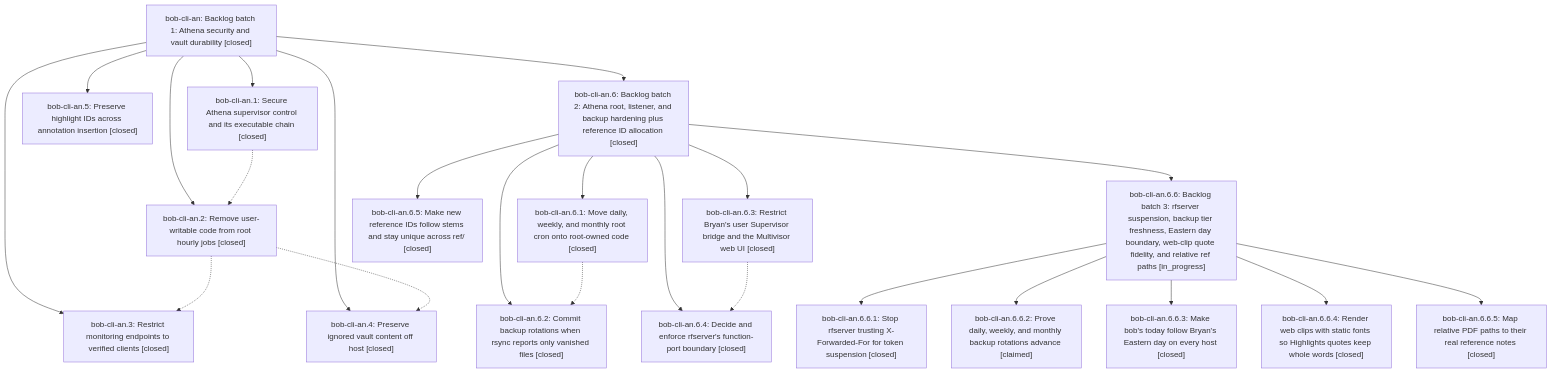
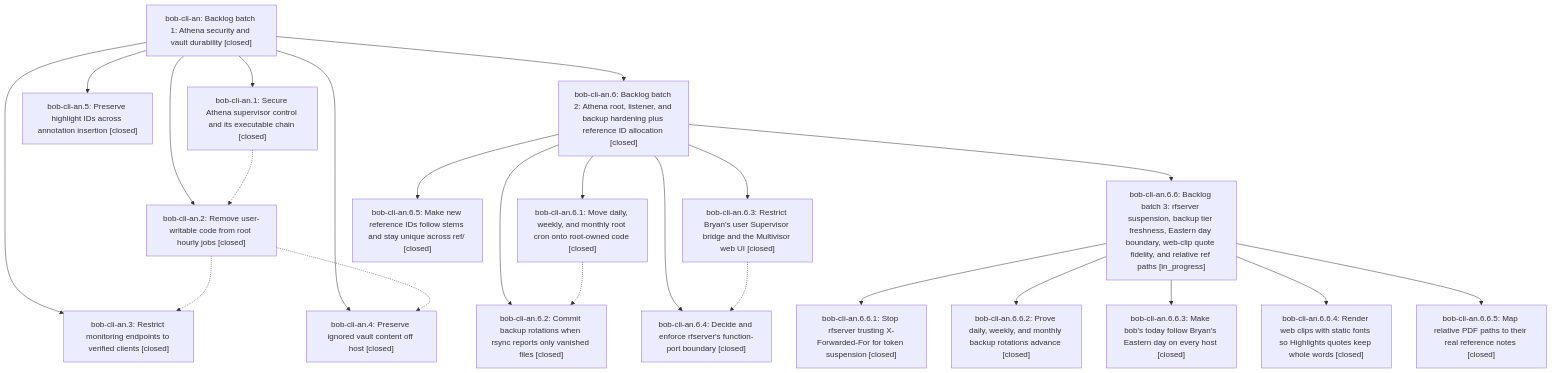
One commit to bobs-org/bob-cli--beads changed the diagram in pages/bob-cli-an/README.md. Above: the diagram before and after it, drawn with Mermaid. The commit also changed other lines of this file and 3 other files, not shown here.

First line of the commit message:
chore(beads): sync bead state and pages for bob-cli-an

````diff
--- a/pages/bob-cli-an/README.md
+++ b/pages/bob-cli-an/README.md
@@ -48,43 +48,43 @@
 ```mermaid
 flowchart TD
     n0["bob-cli-an: Backlog batch 1: Athena security and vault durability [closed]"]
     n1["bob-cli-an.1: Secure Athena supervisor control and its executable chain [closed]"]
     n2["bob-cli-an.2: Remove user-writable code from root hourly jobs [closed]"]
     n3["bob-cli-an.3: Restrict monitoring endpoints to verified clients [closed]"]
     n4["bob-cli-an.4: Preserve ignored vault content off host [closed]"]
     n5["bob-cli-an.5: Preserve highlight IDs across annotation insertion [closed]"]
     n6["bob-cli-an.6: Backlog batch 2: Athena root, listener, and backup hardening plus reference ID allocation [closed]"]
     n7["bob-cli-an.6.1: Move daily, weekly, and monthly root cron onto root-owned code [closed]"]
     n8["bob-cli-an.6.2: Commit backup rotations when rsync reports only vanished files [closed]"]
     n9["bob-cli-an.6.3: Restrict Bryan's user Supervisor bridge and the Multivisor web UI [closed]"]
     n10["bob-cli-an.6.4: Decide and enforce rfserver's function-port boundary [closed]"]
     n11["bob-cli-an.6.5: Make new reference IDs follow stems and stay unique across ref/ [closed]"]
     n12["bob-cli-an.6.6: Backlog batch 3: rfserver suspension, backup tier freshness, Eastern day boundary, web-clip quote fidelity, and relative ref paths [in_progress]"]
     n13["bob-cli-an.6.6.1: Stop rfserver trusting X-Forwarded-For for token suspension [closed]"]
-    n14["bob-cli-an.6.6.2: Prove daily, weekly, and monthly backup rotations advance [claimed]"]
+    n14["bob-cli-an.6.6.2: Prove daily, weekly, and monthly backup rotations advance [closed]"]
     n15["bob-cli-an.6.6.3: Make bob's today follow Bryan's Eastern day on every host [closed]"]
     n16["bob-cli-an.6.6.4: Render web clips with static fonts so Highlights quotes keep whole words [closed]"]
     n17["bob-cli-an.6.6.5: Map relative PDF paths to their real reference notes [closed]"]
     n0 --> n1
     n0 --> n2
     n0 --> n3
     n0 --> n4
     n0 --> n5
     n0 --> n6
     n6 --> n7
     n6 --> n8
     n6 --> n9
     n6 --> n10
     n6 --> n11
     n6 --> n12
     n12 --> n13
     n12 --> n14
     n12 --> n15
     n12 --> n16
     n12 --> n17
     n1 -.-> n2
     n2 -.-> n3
     n2 -.-> n4
     n7 -.-> n8
     n9 -.-> n10
 ```
````
